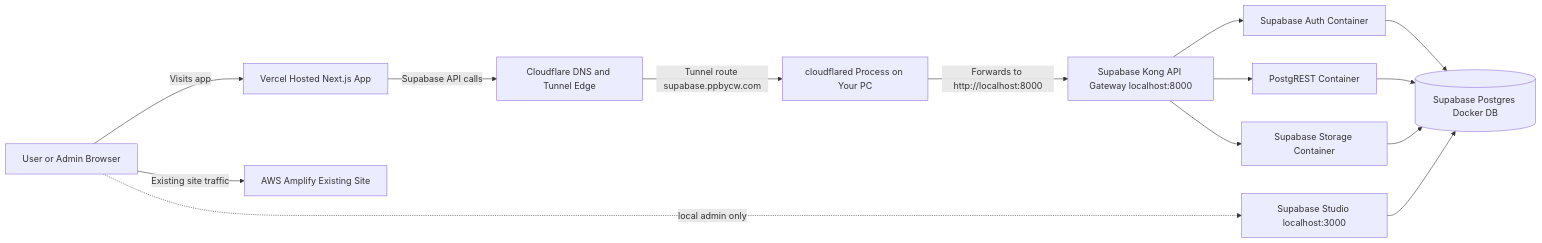
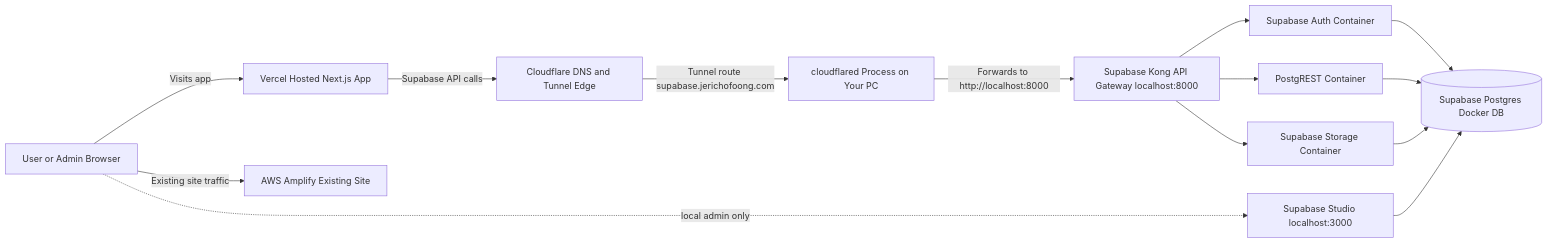
Before and after one commit to jericho0521/reservation-app: the first of 6 diagrams in docs/supabase/LOCAL_SUPABASE_ARCHITECTURE.md, drawn with Mermaid. The commit also changed other lines of this file and 9 other files, not shown here.

````diff
--- a/docs/supabase/LOCAL_SUPABASE_ARCHITECTURE.md
+++ b/docs/supabase/LOCAL_SUPABASE_ARCHITECTURE.md
@@ -7,28 +7,28 @@
 ```mermaid
 flowchart LR
     User[User or Admin Browser]
     Vercel[Vercel Hosted Next.js App]
     CF[Cloudflare DNS and Tunnel Edge]
     Tunnel[cloudflared Process on Your PC]
     Kong[Supabase Kong API Gateway localhost:8000]
     Auth[Supabase Auth Container]
     Rest[PostgREST Container]
     Storage[Supabase Storage Container]
     DB[(Supabase Postgres Docker DB)]
     Studio[Supabase Studio localhost:3000]
     Amplify[AWS Amplify Existing Site]
 
     User -->|Visits app| Vercel
     User -->|Existing site traffic| Amplify
     Vercel -->|Supabase API calls| CF
-    CF -->|Tunnel route supabase.ppbycw.com| Tunnel
+    CF -->|Tunnel route supabase.jerichofoong.com| Tunnel
     Tunnel -->|Forwards to http://localhost:8000| Kong
     Kong --> Auth
     Kong --> Rest
     Kong --> Storage
     Auth --> DB
     Rest --> DB
     Storage --> DB
     User -. local admin only .-> Studio
     Studio --> DB
 ```
````
